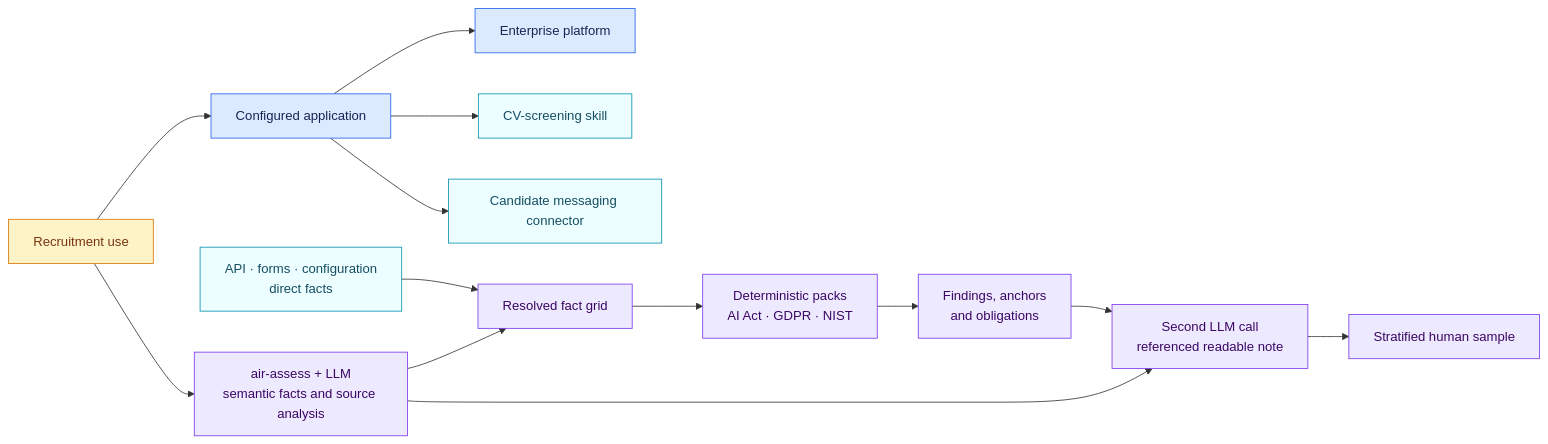
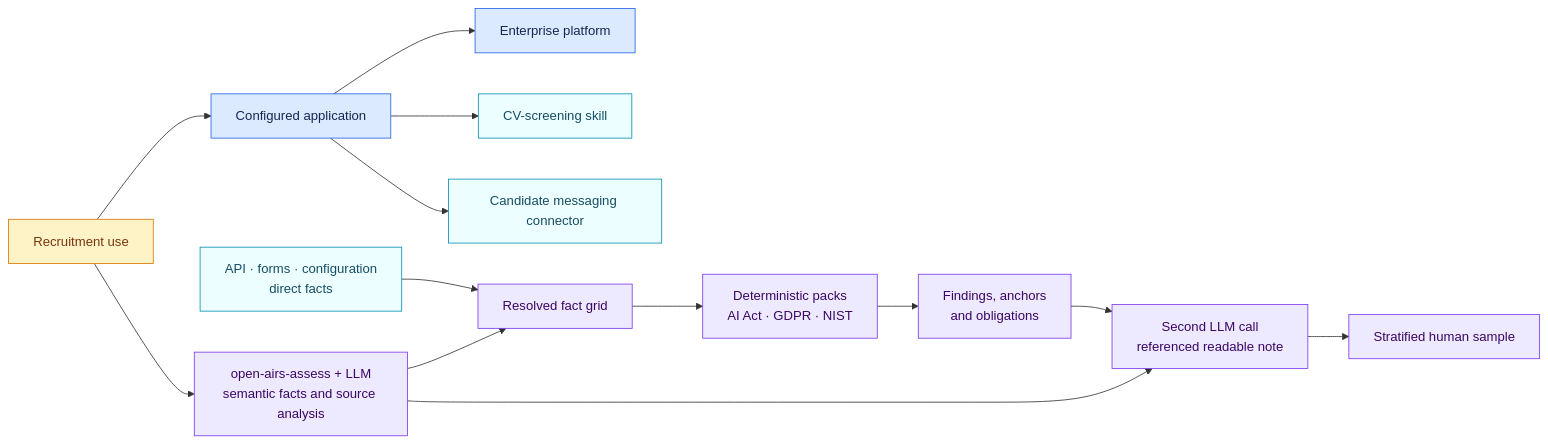
The diagram in examples/ai-governance/README.md (NickChaps/Open-AIRS), drawn with Mermaid before and after one commit. The commit also changed other lines of this file and 101 other files, not shown here.

Commit message:
chore: rename project to Open AIRS

````diff
--- a/examples/ai-governance/README.md
+++ b/examples/ai-governance/README.md
@@ -10,24 +10,24 @@
 ```mermaid
 flowchart LR
     U["Recruitment use"] --> A["Configured application"]
     A --> P["Enterprise platform"]
     A --> S["CV-screening skill"]
     A --> C["Candidate messaging connector"]
     D["API · forms · configuration<br/>direct facts"] --> F["Resolved fact grid"]
-    U --> X["air-assess + LLM<br/>semantic facts and source analysis"]
+    U --> X["open-airs-assess + LLM<br/>semantic facts and source analysis"]
     X --> F
     F --> E["Deterministic packs<br/>AI Act · GDPR · NIST"]
     E --> R["Findings, anchors<br/>and obligations"]
     X --> N["Second LLM call<br/>referenced readable note"]
     R --> N
     N --> H["Stratified human sample"]
 
     classDef use fill:#fef3c7,stroke:#d97706,color:#78350f
     classDef app fill:#dbeafe,stroke:#2563eb,color:#172554
     classDef component fill:#ecfeff,stroke:#0891b2,color:#164e63
     classDef decision fill:#ede9fe,stroke:#7c3aed,color:#3b0764
     class U use
     class A,P app
     class S,C,D component
     class X,F,E,R,N,H decision
 ```
````
